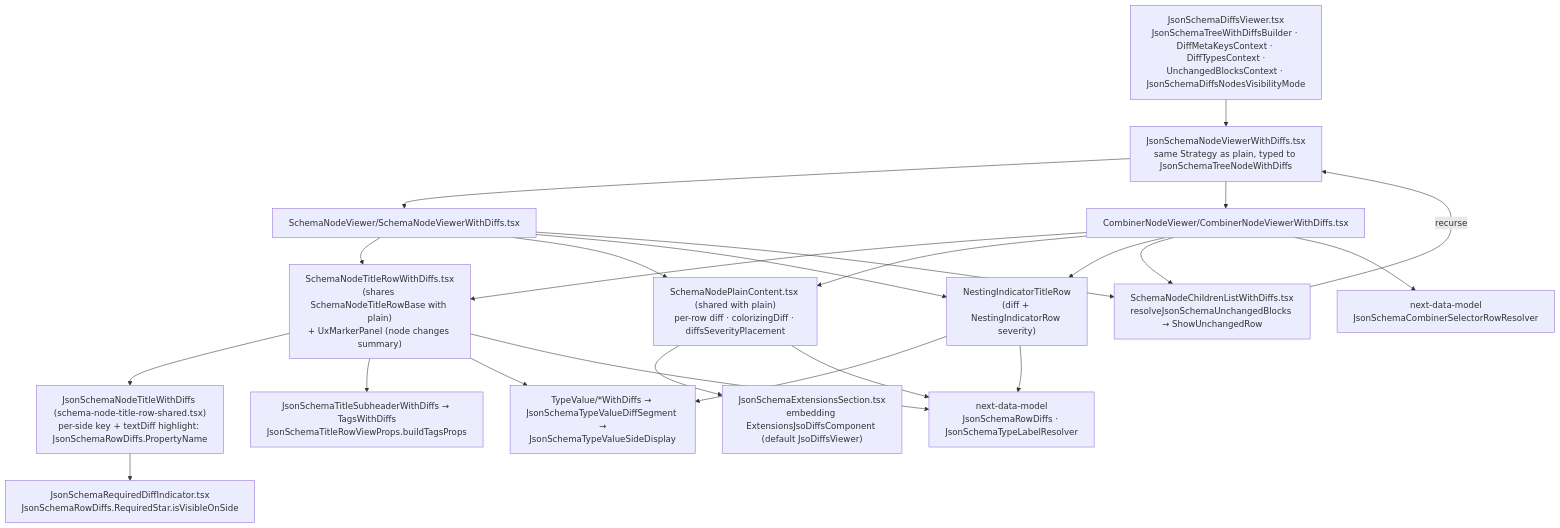
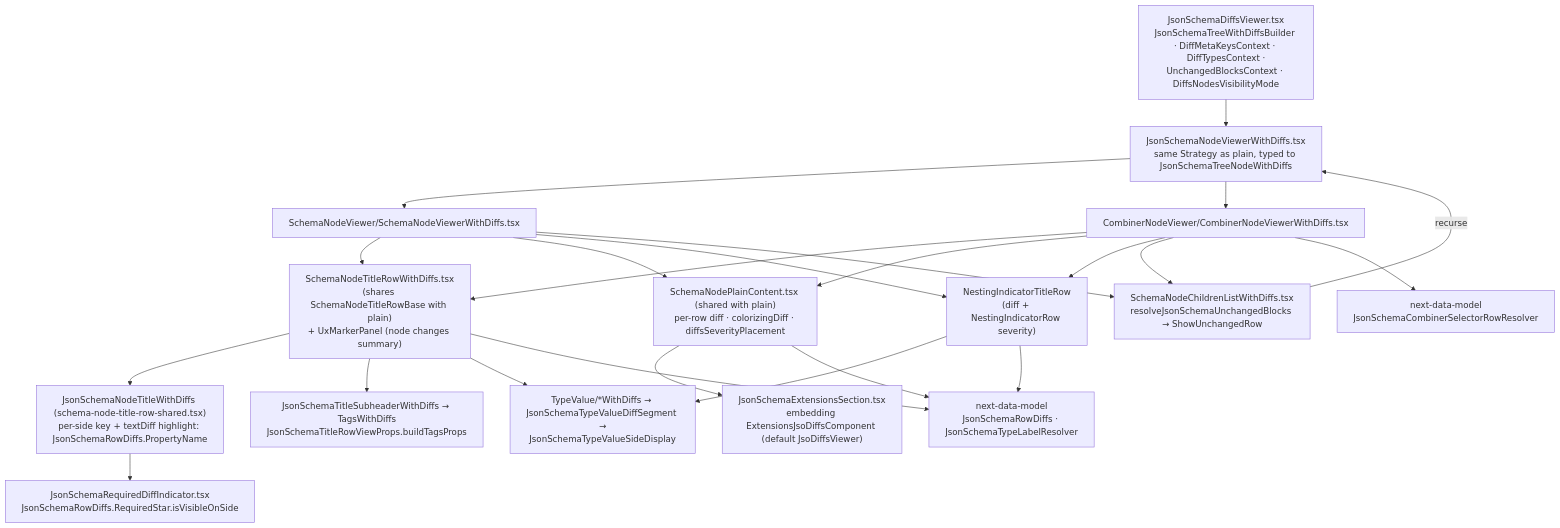
The diagram in docs/design/json-schema/architecture/viewer-with-diffs.md (Netcracker/qubership-apihub-api-doc-viewer), drawn with Mermaid before and after one commit. The commit also changed 29 other files, not shown here.

Commit message:
feat: Feature `show/hide unchanged nodes` for `OpenAPI viewers` (`SecuritySchemeCard`)

````diff
--- a/docs/design/json-schema/architecture/viewer-with-diffs.md
+++ b/docs/design/json-schema/architecture/viewer-with-diffs.md
@@ -6,41 +6,41 @@
 ```mermaid
 flowchart TB
-  RootD["JsonSchemaDiffsViewer.tsx<br/>JsonSchemaTreeWithDiffsBuilder · DiffMetaKeysContext · DiffTypesContext ·<br/>UnchangedBlocksContext · JsonSchemaDiffsNodesVisibilityMode"]
+  RootD["JsonSchemaDiffsViewer.tsx<br/>JsonSchemaTreeWithDiffsBuilder · DiffMetaKeysContext · DiffTypesContext ·<br/>UnchangedBlocksContext · DiffsNodesVisibilityMode"]
   DispatchD["JsonSchemaNodeViewerWithDiffs.tsx<br/>same Strategy as plain, typed to JsonSchemaTreeNodeWithDiffs"]
   SchemaNodeD["SchemaNodeViewer/SchemaNodeViewerWithDiffs.tsx"]
   CombinerNodeD["CombinerNodeViewer/CombinerNodeViewerWithDiffs.tsx"]
   TitleRowD["SchemaNodeTitleRowWithDiffs.tsx<br/>(shares SchemaNodeTitleRowBase with plain)<br/>+ UxMarkerPanel (node changes summary)"]
   Required["JsonSchemaRequiredDiffIndicator.tsx<br/>JsonSchemaRowDiffs.RequiredStar.isVisibleOnSide"]
   NodeTitleD["JsonSchemaNodeTitleWithDiffs (schema-node-title-row-shared.tsx)<br/>per-side key + textDiff highlight: JsonSchemaRowDiffs.PropertyName"]
   Tags["JsonSchemaTitleSubheaderWithDiffs → TagsWithDiffs<br/>JsonSchemaTitleRowViewProps.buildTagsProps"]
   TypeValueD["TypeValue/*WithDiffs → JsonSchemaTypeValueDiffSegment →<br/>JsonSchemaTypeValueSideDisplay"]
   ContentD["SchemaNodePlainContent.tsx (shared with plain)<br/>per-row diff · colorizingDiff · diffsSeverityPlacement"]
   ChildrenList["SchemaNodeChildrenListWithDiffs.tsx<br/>resolveJsonSchemaUnchangedBlocks → ShowUnchangedRow"]
   NestingD["NestingIndicatorTitleRow<br/>(diff + NestingIndicatorRow severity)"]
   ExtensionsD["JsonSchemaExtensionsSection.tsx<br/>embedding ExtensionsJsoDiffsComponent (default JsoDiffsViewer)"]
   CombinerResolver["next-data-model<br/>JsonSchemaCombinerSelectorRowResolver"]
   RowDiffs["next-data-model<br/>JsonSchemaRowDiffs · JsonSchemaTypeLabelResolver"]
 
   RootD --> DispatchD
   DispatchD --> SchemaNodeD
   DispatchD --> CombinerNodeD
   SchemaNodeD --> TitleRowD
   SchemaNodeD --> ContentD
   SchemaNodeD --> NestingD
   SchemaNodeD --> ChildrenList
   CombinerNodeD --> TitleRowD
   CombinerNodeD --> ContentD
   CombinerNodeD --> NestingD
   CombinerNodeD --> ChildrenList
   CombinerNodeD --> CombinerResolver
   ChildrenList -->|recurse| DispatchD
   TitleRowD --> NodeTitleD
   NodeTitleD --> Required
   TitleRowD --> Tags
   TitleRowD --> TypeValueD
   NestingD --> TypeValueD
   ContentD --> ExtensionsD
   ContentD --> RowDiffs
   TitleRowD --> RowDiffs
   NestingD --> RowDiffs
 ```
````
